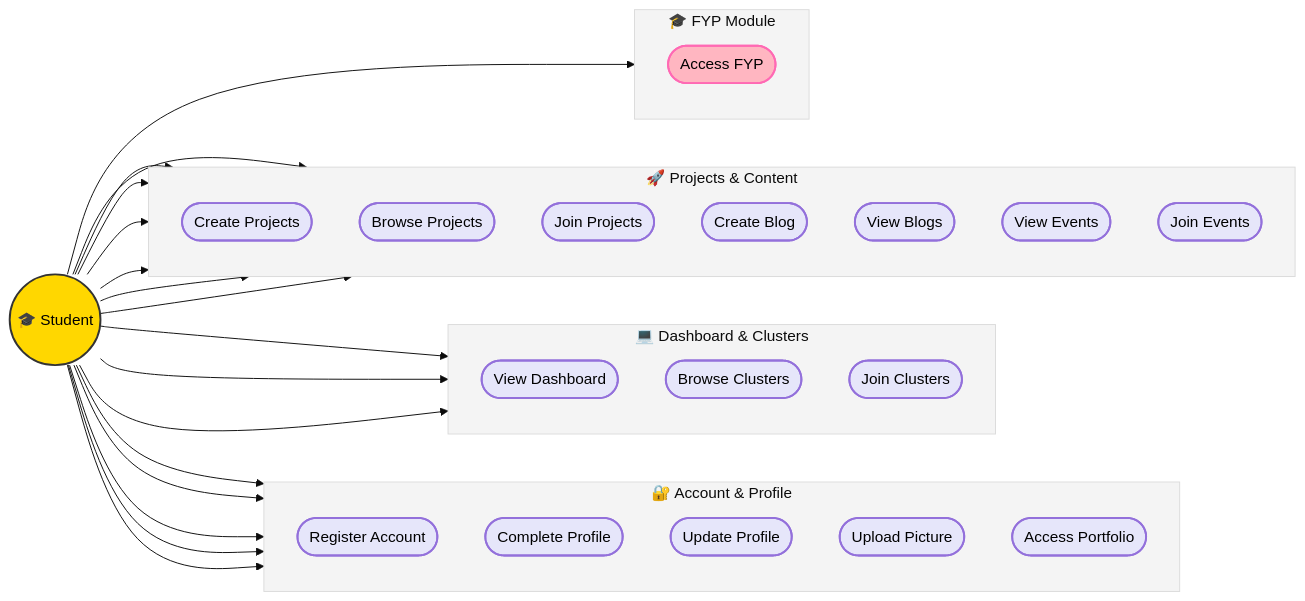
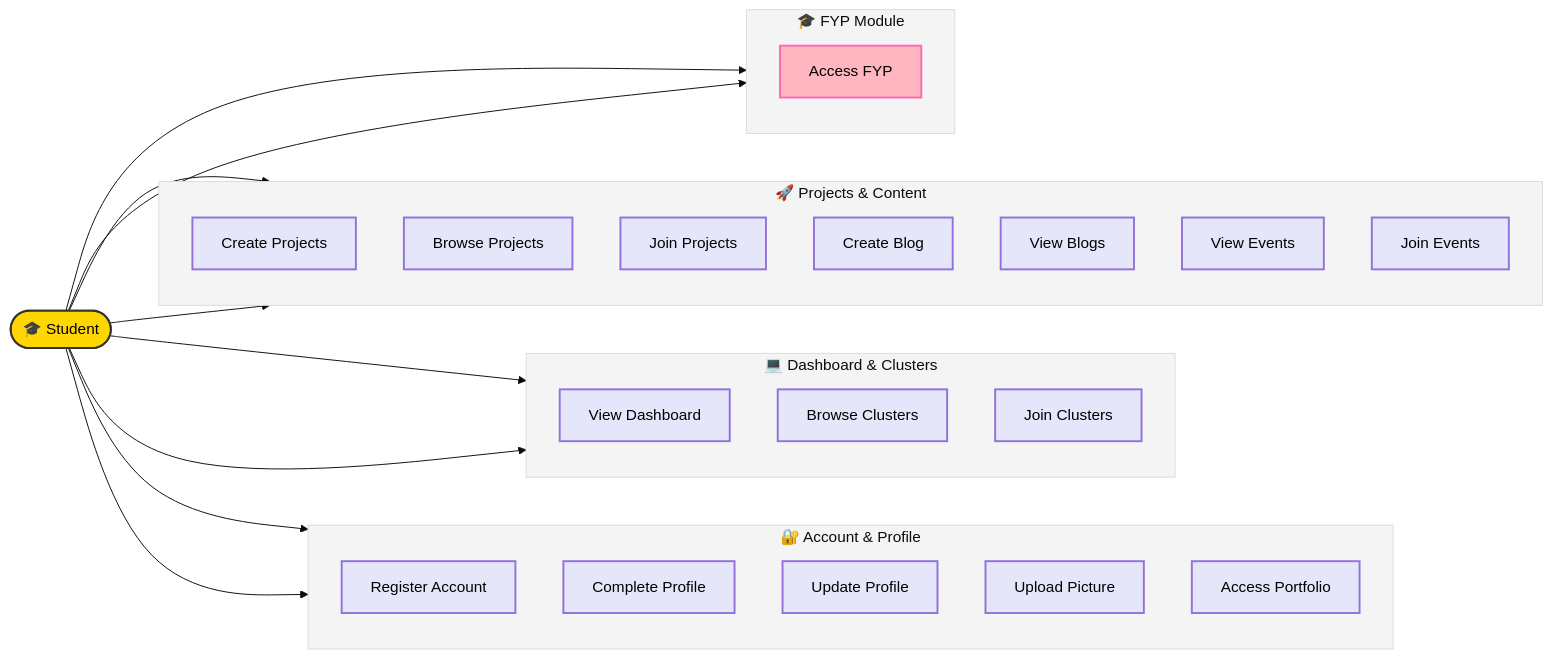
Before and after one commit to Abdulhalim7177/fyb.swebuk: the diagram in app/dashboard/student/README.md, drawn with Mermaid. The commit also changed 4 other files, not shown here.

Commit message:
Update role-based READMEs with horizontal diagrams, oval actors, and square use cases.

````diff
--- a/app/dashboard/student/README.md
+++ b/app/dashboard/student/README.md
@@ -8,62 +8,58 @@
 ```mermaid
 %%{init: {'theme': 'base', 'themeVariables': { 'primaryColor': '#E6E6FA', 'edgeLabelBackground':'#ffffff', 'tertiaryColor': '#f4f4f4'}}}%%
 graph LR
     %% Styles
     classDef actor fill:#FFD700,stroke:#333,stroke-width:2px,color:black,font-size:16px;
-    classDef usecase fill:#E6E6FA,stroke:#9370DB,stroke-width:2px,color:black,rx:10,ry:10;
-    classDef fyp fill:#FFB6C1,stroke:#FF69B4,stroke-width:2px,color:black,rx:10,ry:10;
+    classDef usecase fill:#E6E6FA,stroke:#9370DB,stroke-width:2px,color:black,shape:rect;
+    classDef fyp fill:#FFB6C1,stroke:#FF69B4,stroke-width:2px,color:black,shape:rect;
 
     %% Actor
-    Student(("🎓 Student")):::actor
+    Student([🎓 Student]):::actor
 
     %% Use Cases
     subgraph Account ["🔐 Account & Profile"]
         direction TB
-        UC1(["Register Account"]):::usecase
-        UC2(["Complete Profile"]):::usecase
-        UC14(["Update Profile"]):::usecase
-        UC15(["Upload Picture"]):::usecase
-        UC13(["Access Portfolio"]):::usecase
+        UC1[Register Account]:::usecase
+        UC2[Complete Profile]:::usecase
+        UC14[Update Profile]:::usecase
+        UC15[Upload Picture]:::usecase
+        UC13[Access Portfolio]:::usecase
     end
 
     subgraph Core ["💻 Dashboard & Clusters"]
         direction TB
-        UC3(["View Dashboard"]):::usecase
-        UC4(["Browse Clusters"]):::usecase
-        UC5(["Join Clusters"]):::usecase
+        UC3[View Dashboard]:::usecase
+        UC4[Browse Clusters]:::usecase
+        UC5[Join Clusters]:::usecase
     end
 
     subgraph Projects ["🚀 Projects & Content"]
         direction TB
-        UC6(["Create Projects"]):::usecase
-        UC7(["Browse Projects"]):::usecase
-        UC8(["Join Projects"]):::usecase
-        UC9(["Create Blog"]):::usecase
-        UC10(["View Blogs"]):::usecase
-        UC11(["View Events"]):::usecase
-        UC12(["Join Events"]):::usecase
+        UC6[Create Projects]:::usecase
+        UC7[Browse Projects]:::usecase
+        UC8[Join Projects]:::usecase
+        UC9[Create Blog]:::usecase
+        UC10[View Blogs]:::usecase
+        UC11[View Events]:::usecase
+        UC12[Join Events]:::usecase
     end
 
     subgraph Level400 ["🎓 FYP Module"]
         direction TB
-        UC16(["Access FYP"]):::fyp
+        UC16[Access FYP]:::fyp
     end
 
     %% Connections
+    Student --> Account
+    Student --> Core
+    Student --> Projects
+    Student --> Level400
+
+    %% Implicit connections to internal nodes for layout if needed,
+    %% but connecting to subgraph usually links to first node.
+    %% To ensure flow lines are visible to specific tasks:
     Student --> UC1
-    Student --> UC2
     Student --> UC3
-    Student --> UC4
-    Student --> UC5
     Student --> UC6
-    Student --> UC7
-    Student --> UC8
-    Student --> UC9
-    Student --> UC10
-    Student --> UC11
-    Student --> UC12
-    Student --> UC13
-    Student --> UC14
-    Student --> UC15
     Student --> UC16
 ```
````
